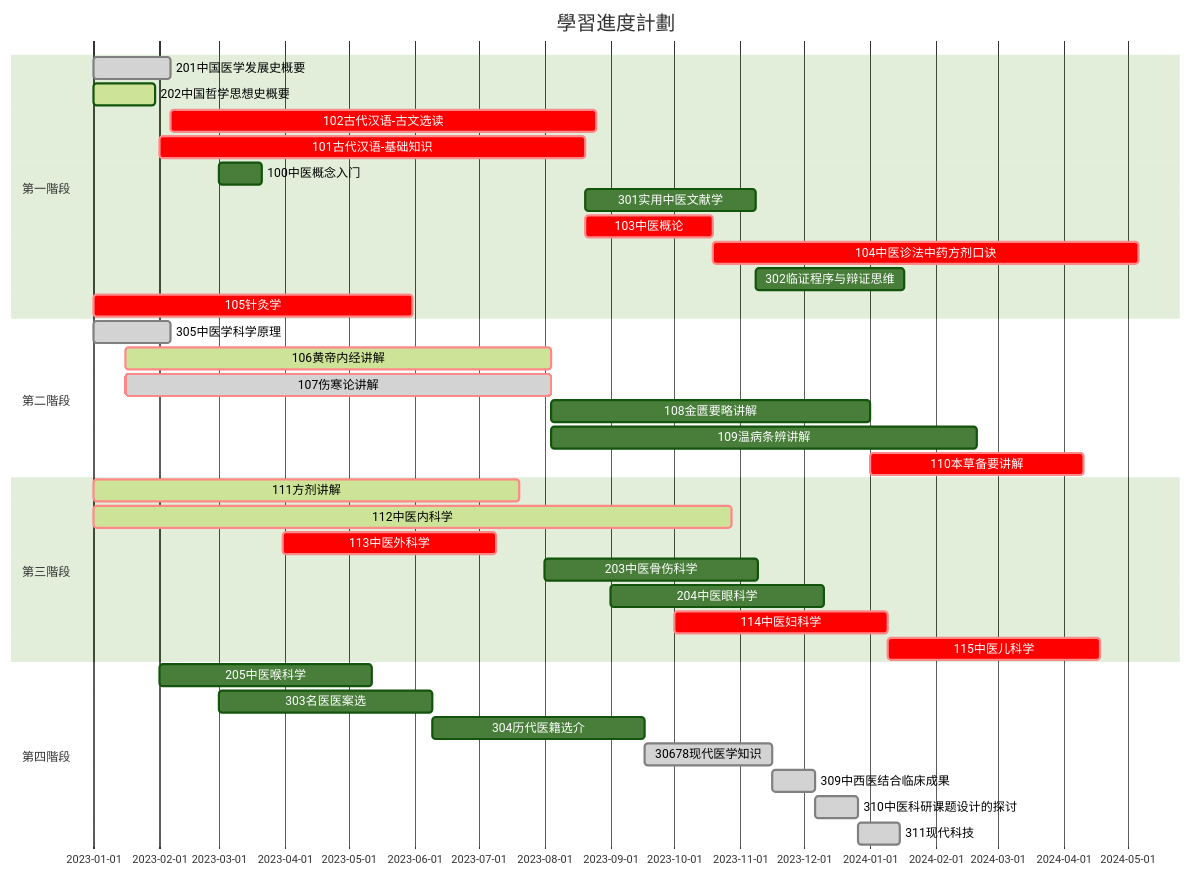
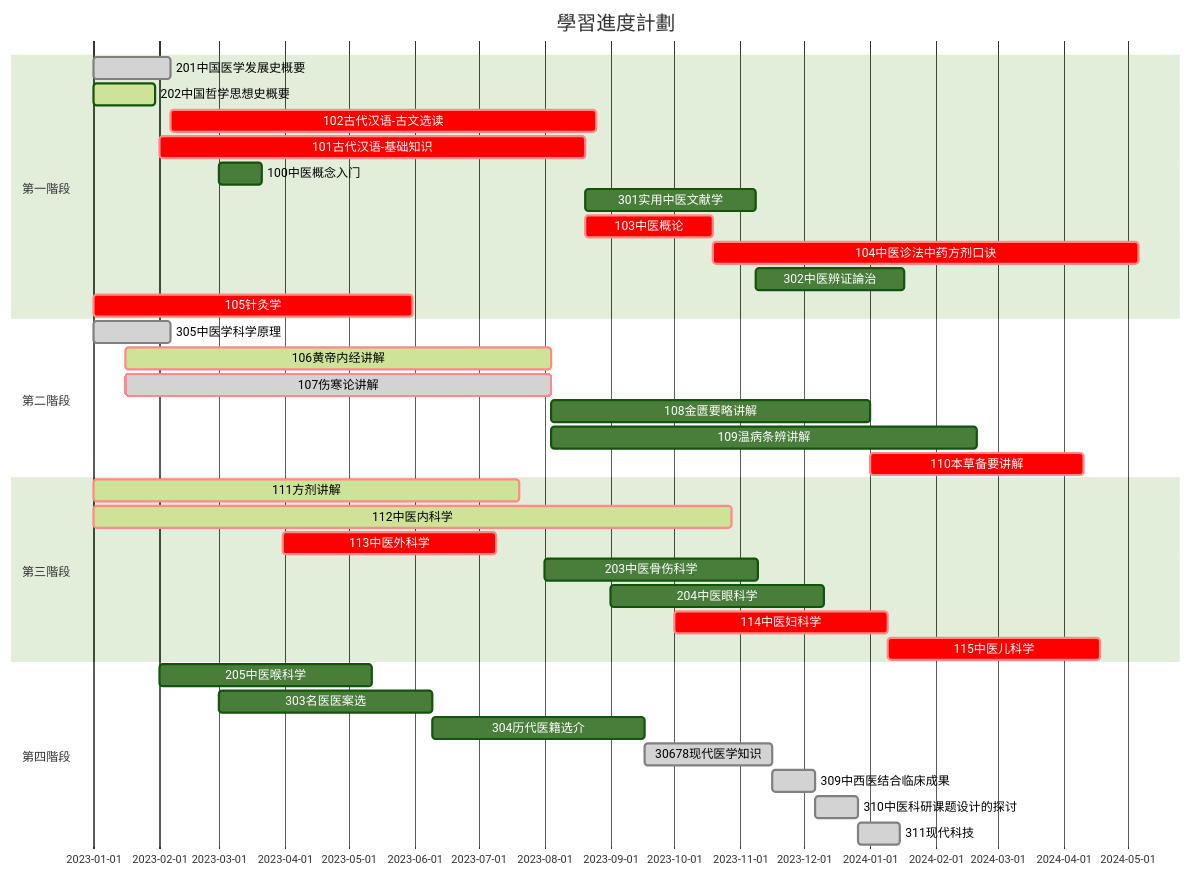
One commit to Franklyzzm/GMZYhsjcXx changed the diagram in README.md. Above: the diagram before and after it, drawn with Mermaid (forest theme). The commit also changed other lines of this file and 633 other files, not shown here.

````diff
--- a/README.md
+++ b/README.md
@@ -109,50 +109,50 @@
 ```mermaid
 %% Example with selection of syntaxes
 %% 用 KS 考試，KC 考察，ZX 自修，
 %% 狀態:  ,crit,active,done,
 
     gantt
     dateFormat  MM-DD
     title 學習進度計劃
 
 %% 用 1學時 用 1d 表示
 
     section 第一階段
     201中国医学发展史概要    :done,    kc-yxfz, 01-01, 36d
     202中国哲学思想史概要    :active,  kc-zxsx, 01-01, 01-30
     102古代汉语-古文选读     :crit,    ks-gwxd, after kc-yxfz, 200d
     101古代汉语-基础知识     :crit,    ks-hyjc, 02-01, 200d
     100中医概念入门          :         rm, 03-01, 20d 
     301实用中医文献学        :         zx-zywx, after ks-hyjc, 80d
     103中医概论              :crit,    zx-zygl, after ks-hyjc, 60d
     104中医诊法中药方剂口诀  :crit,    ks-kj, after zx-zygl, 200d
-    302临证程序与辩证思维    :         zx-lzcx, after zx-zywx, 70d
+    302中医辨证論治    :         zx-bzlz, after zx-zywx, 70d
     105针灸学                :crit,    ks-zj, 01-01, 150d
 
     section 第二階段
     305中医学科学原理    :done,          zx-kxyl, 01-01, 36d
     106黄帝内经讲解      :crit, active,  ks-hdnj, 01-16, 200d
     107伤寒论讲解        :crit, done,    ks-shl, 01-16, 200d
     108金匮要略讲解      :               ks-jkyl, after ks-shl, 150d
     109温病条辨讲解      :               ks-wbtb, after ks-shl, 200d
     110本草备要讲解      :crit,          ks-bcby, after ks-jkyl,100d
 
     section 第三階段
     111方剂讲解        :crit, active,  ks-fj, 01-01, 200d
     112中医内科学      :crit, active,  ks-nk, 01-01, 300d
     113中医外科学      :crit,          ks-wk, 03-31, 100d
     203中医骨伤科学    :               kc-gsk, 08-01, 100d
     204中医眼科学      :               kc-yk, 09-01, 100d
     114中医妇科学      :crit,          ks-fk, 10-01, 100d
     115中医儿科学      :crit,          ks-ek, after ks-fk, 100d
 
     section 第四階段
 %%  针灸学                  :crit,  ks-zj, 01-01, 150d
     205中医喉科学              :       kc-hk, 02-01, 100d
     303名医医案选              :       zx-ya, 03-01, 100d
     304历代医籍选介            :       zx-yj, after zx-ya, 100d
     30678现代医学知识            :done,  60d
     309中西医结合临床成果      :done,  20d
     310中医科研课题设计的探讨  :done,  20d
     311现代科技                :done,  20d
 ```
````
